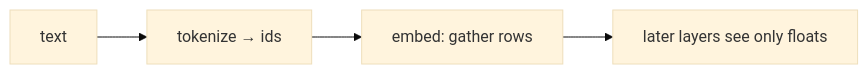
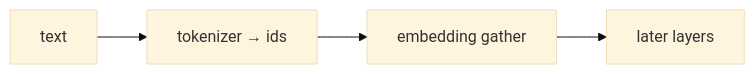
The diagram in web/src/content/beginner/en/embedding.md (chaxus/arche), drawn with Mermaid (base theme) before and after one commit. The commit also changed other lines of this file and 8 other files, not shown here.

First line of the commit message:
Show how tokenizer and embedding tables are built, judged, and coded.

````diff
--- a/web/src/content/beginner/en/embedding.md
+++ b/web/src/content/beginner/en/embedding.md
@@ -19,6 +15,6 @@
 ```mermaid
 flowchart LR
-  text[text] --> tok[tokenize → ids]
-  tok --> emb[embed: gather rows]
-  emb --> rest[later layers see only floats]
+  text[text] --> tok[tokenizer → ids]
+  tok --> emb[embedding gather]
+  emb --> rest[later layers]
 ```
````
